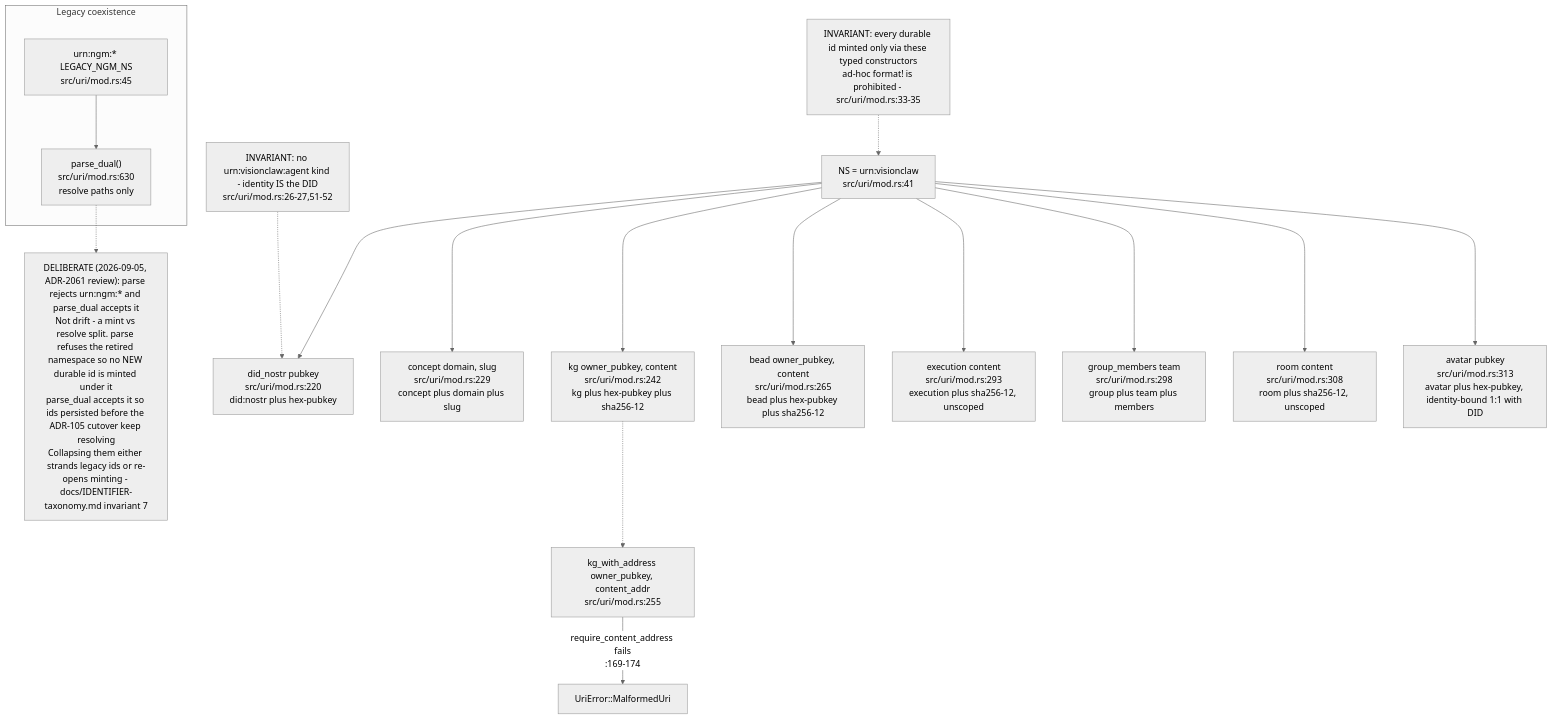
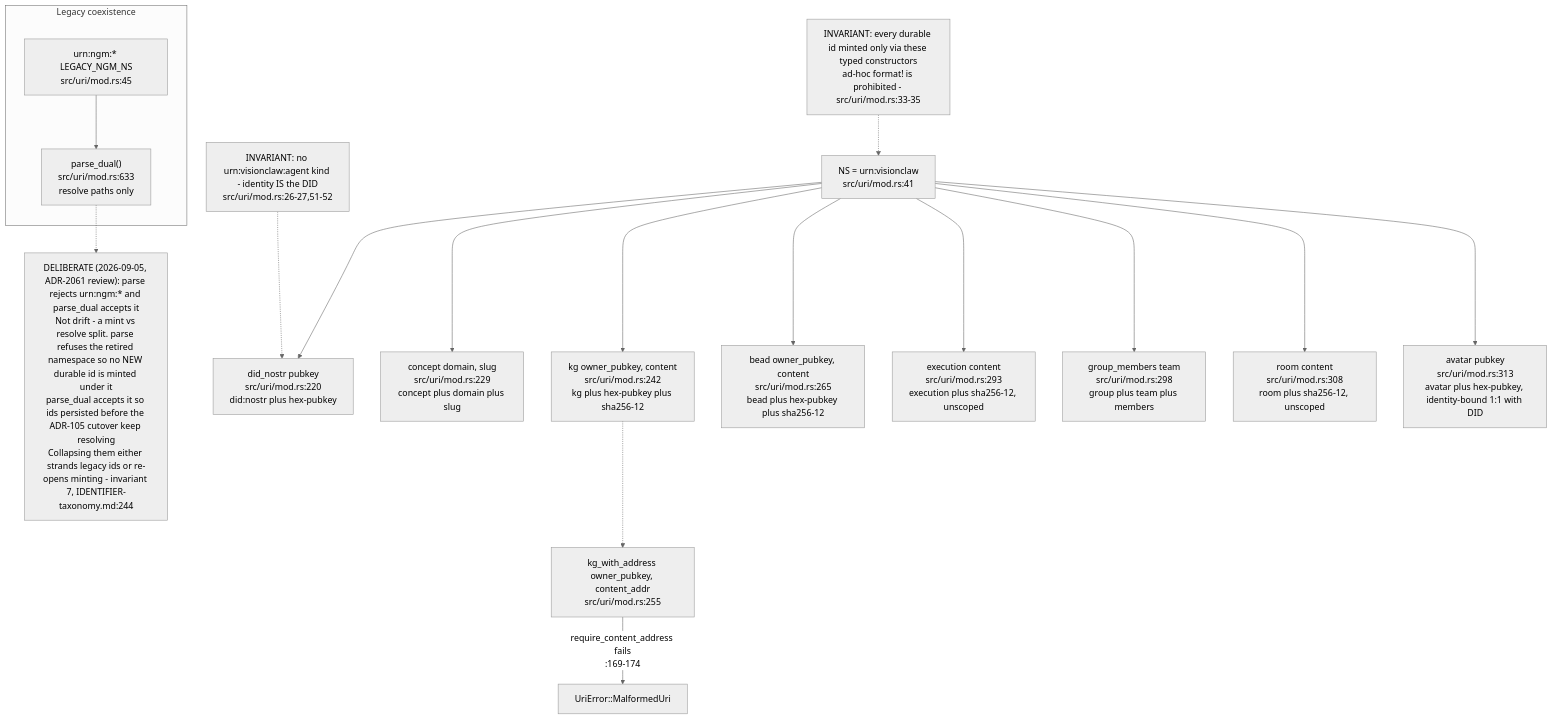
Before and after one commit to DreamLab-AI/VisionFlow: the second of 12 diagrams in docs/diagrams/estate/03-cross-repo-federation-contract.md, drawn with Mermaid (neutral theme). The commit also changed other lines of this file and 91 other files, not shown here.

````diff
--- a/docs/diagrams/estate/03-cross-repo-federation-contract.md
+++ b/docs/diagrams/estate/03-cross-repo-federation-contract.md
@@ -96,35 +111,35 @@
 ```mermaid
 flowchart TD
     NS["NS = urn:visionclaw<br/>src/uri/mod.rs:41"]
     DID["did_nostr pubkey<br/>src/uri/mod.rs:220<br/>did:nostr plus hex-pubkey"]
     CONCEPT["concept domain, slug<br/>src/uri/mod.rs:229<br/>concept plus domain plus slug"]
     KG["kg owner_pubkey, content<br/>src/uri/mod.rs:242<br/>kg plus hex-pubkey plus sha256-12"]
     KGADDR["kg_with_address owner_pubkey, content_addr<br/>src/uri/mod.rs:255"]
     BEAD["bead owner_pubkey, content<br/>src/uri/mod.rs:265<br/>bead plus hex-pubkey plus sha256-12"]
     EXEC["execution content<br/>src/uri/mod.rs:293<br/>execution plus sha256-12, unscoped"]
     GROUP["group_members team<br/>src/uri/mod.rs:298<br/>group plus team plus members"]
     ROOM["room content<br/>src/uri/mod.rs:308<br/>room plus sha256-12, unscoped"]
     AVATAR["avatar pubkey<br/>src/uri/mod.rs:313<br/>avatar plus hex-pubkey, identity-bound 1:1 with DID"]
     NS --> DID
     NS --> CONCEPT
     NS --> KG
     KG -.-> KGADDR
     NS --> BEAD
     NS --> EXEC
     NS --> GROUP
     NS --> ROOM
     NS --> AVATAR
     ERR["UriError::MalformedUri"]
     KGADDR -- "require_content_address fails<br/>:169-174" --> ERR
     subgraph LEGACY["Legacy coexistence"]
         NGM["urn:ngm:* LEGACY_NGM_NS<br/>src/uri/mod.rs:45"]
-        DUAL["parse_dual()<br/>src/uri/mod.rs:630<br/>resolve paths only"]
+        DUAL["parse_dual()<br/>src/uri/mod.rs:633<br/>resolve paths only"]
         NGM --> DUAL
     end
     NOTE1["INVARIANT: no urn:visionclaw:agent kind - identity IS the DID<br/>src/uri/mod.rs:26-27,51-52"]
     NOTE2["INVARIANT: every durable id minted only via these typed constructors<br/>ad-hoc format! is prohibited - src/uri/mod.rs:33-35"]
-    NOTE3["DELIBERATE (2026-09-05, ADR-2061 review): parse rejects urn:ngm:* and parse_dual accepts it<br/>Not drift - a mint vs resolve split. parse refuses the retired namespace so no NEW durable id is minted under it<br/>parse_dual accepts it so ids persisted before the ADR-105 cutover keep resolving<br/>Collapsing them either strands legacy ids or re-opens minting - docs/IDENTIFIER-taxonomy.md invariant 7"]
+    NOTE3["DELIBERATE (2026-09-05, ADR-2061 review): parse rejects urn:ngm:* and parse_dual accepts it<br/>Not drift - a mint vs resolve split. parse refuses the retired namespace so no NEW durable id is minted under it<br/>parse_dual accepts it so ids persisted before the ADR-105 cutover keep resolving<br/>Collapsing them either strands legacy ids or re-opens minting - invariant 7, IDENTIFIER-taxonomy.md:244"]
     NOTE1 -.-> DID
     NOTE2 -.-> NS
     DUAL -.-> NOTE3
 ```
````
